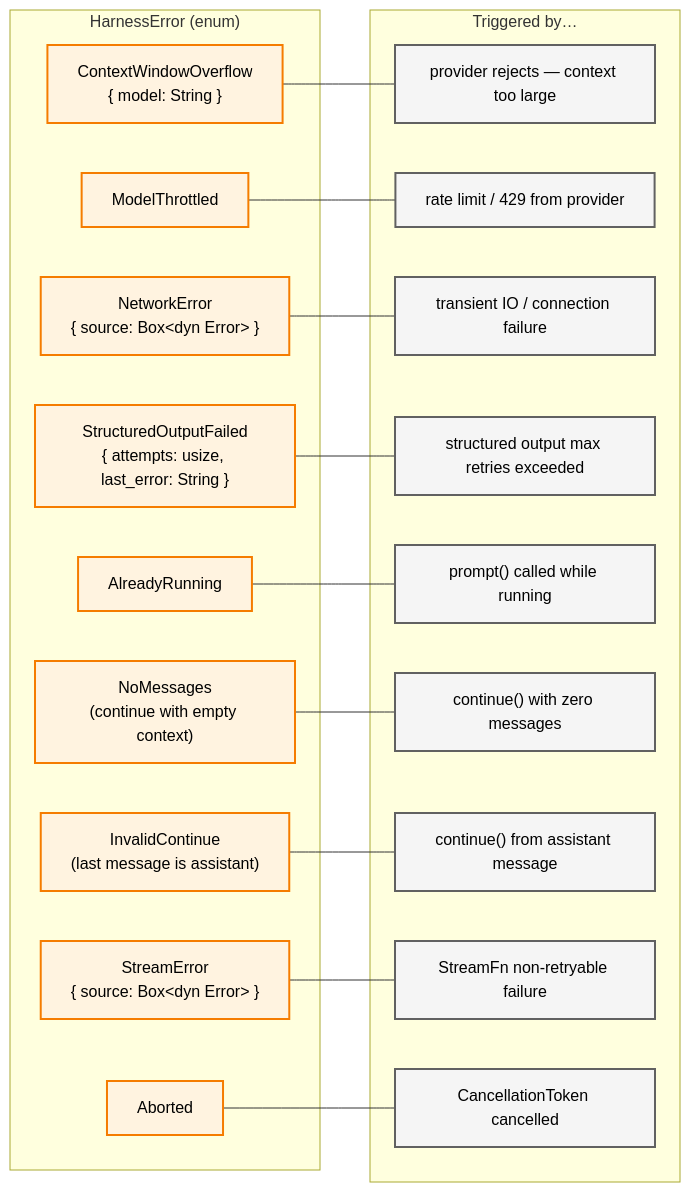
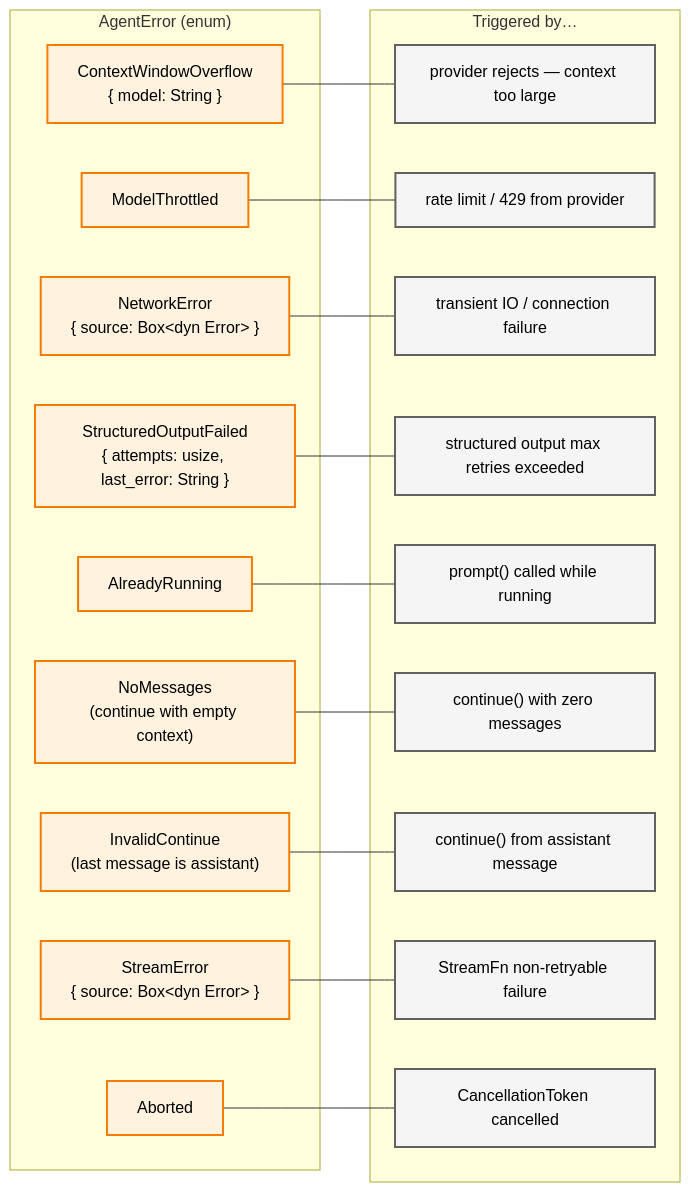
The second of 5 diagrams in docs/architecture/error-handling/README.md (SuperSwinkAI/Swink-Agent), drawn with Mermaid before and after one commit. The commit also changed other lines of this file and 58 other files, not shown here.

First line of the commit message:
Rename project from agent-harness to swink-agent

````diff
--- a/docs/architecture/error-handling/README.md
+++ b/docs/architecture/error-handling/README.md
@@ -65,42 +65,42 @@
 ```mermaid
 flowchart LR
-    subgraph HarnessError["HarnessError (enum)"]
+    subgraph AgentError["AgentError (enum)"]
         CWO["ContextWindowOverflow<br/>{ model: String }"]
         ModelThrottled["ModelThrottled"]
         NetErr["NetworkError<br/>{ source: Box&lt;dyn Error&gt; }"]
         StructFail["StructuredOutputFailed<br/>{ attempts: usize, last_error: String }"]
         AlreadyRunning["AlreadyRunning"]
         NoMessages["NoMessages<br/>(continue with empty context)"]
         InvalidContinue["InvalidContinue<br/>(last message is assistant)"]
         StreamError["StreamError<br/>{ source: Box&lt;dyn Error&gt; }"]
         Aborted["Aborted"]
     end
 
     subgraph Trigger["Triggered by…"]
         T1["provider rejects — context too large"]
         T2["rate limit / 429 from provider"]
         T3["transient IO / connection failure"]
         T4["structured output max retries exceeded"]
         T5["prompt() called while running"]
         T6["continue() with zero messages"]
         T7["continue() from assistant message"]
         T8["StreamFn non-retryable failure"]
         T9["CancellationToken cancelled"]
     end
 
     CWO --- T1
     ModelThrottled --- T2
     NetErr --- T3
     StructFail --- T4
     AlreadyRunning --- T5
     NoMessages --- T6
     InvalidContinue --- T7
     StreamError --- T8
     Aborted --- T9
 
     classDef errStyle fill:#fff3e0,stroke:#f57c00,stroke-width:2px,color:#000
     classDef trigStyle fill:#f5f5f5,stroke:#616161,stroke-width:2px,color:#000
 
     class CWO,ModelThrottled,NetErr,StructFail,AlreadyRunning,NoMessages,InvalidContinue,StreamError,Aborted errStyle
     class T1,T2,T3,T4,T5,T6,T7,T8,T9 trigStyle
 ```
````
